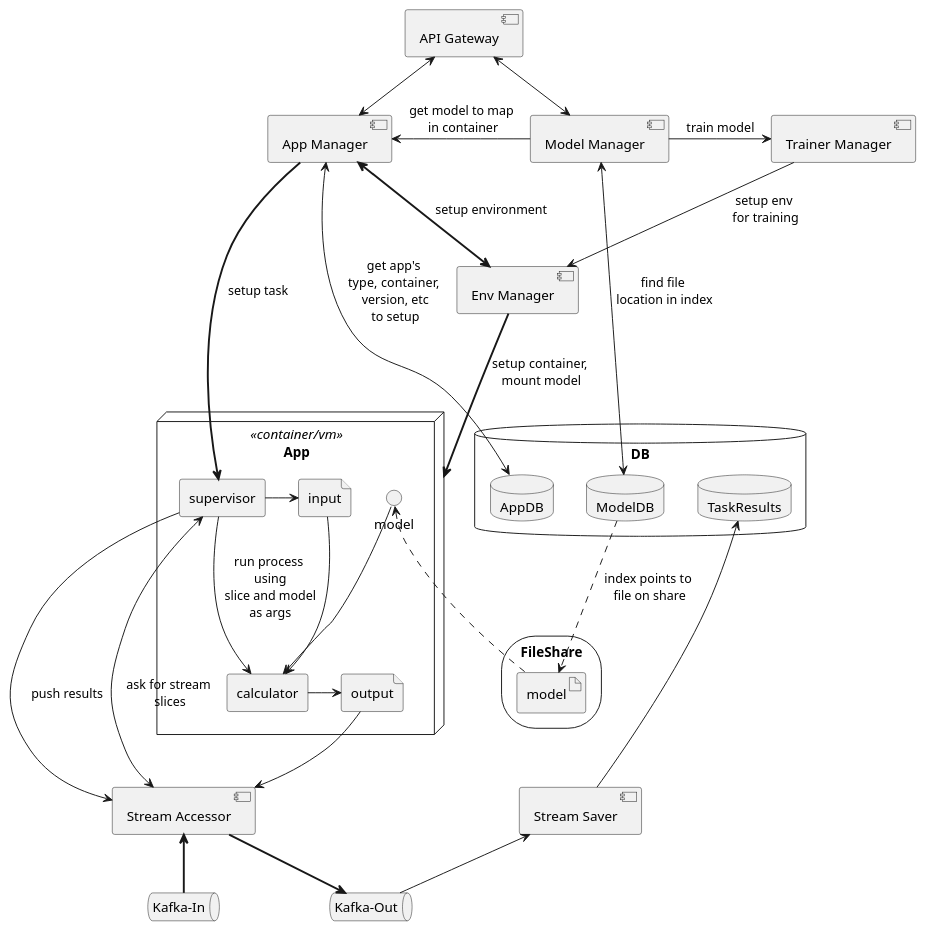
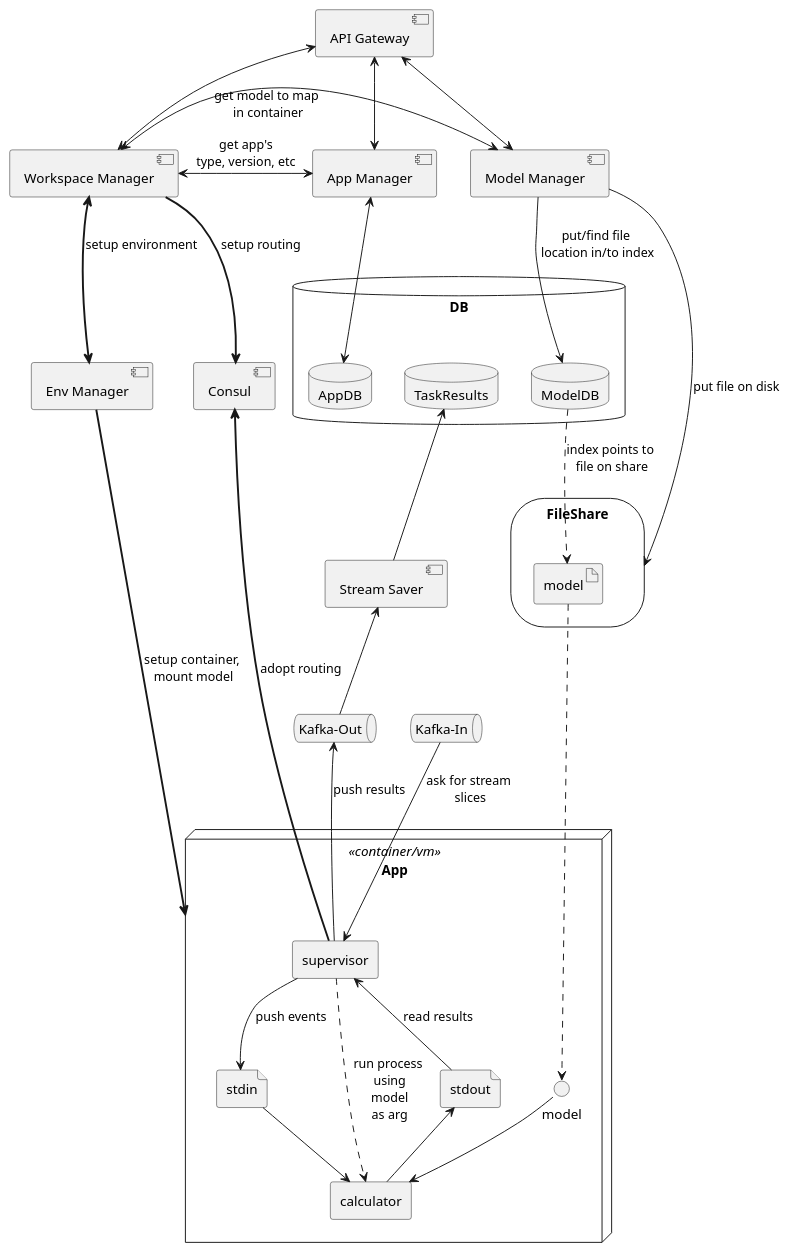
One commit to carrotFoxx/services changed the diagram in docs/diagrams/general.puml. Above: the diagram before and after it, drawn with PlantUML.

Commit message:
update plantuml diagram

```diff
--- a/docs/diagrams/general.puml
+++ b/docs/diagrams/general.puml
@@ -1,73 +1,76 @@
 @startuml
-
-[Stream Accessor] as sta
 
 [Stream Saver] as stfs
 
 queue "Kafka-In" as kf_in
 queue "Kafka-Out" as kf_out
 
-sta <== kf_in
-sta ==> kf_out
-
-
 [App Manager] as app_mgr
 
 [Model Manager] as art_mgr
 
-[Trainer Manager] as tr_mgr
+[Workspace Manager] as wsp_mgr
+[Consul] as consul
+
+'[Trainer Manager] as tr_mgr
 
 [Env Manager] as env_mgr
 
 [API Gateway] as api
 
 database DB {
     database ModelDB as mdb
     database AppDB as appdb
     database TaskResults as resdb
 }
 
 stfs <-- kf_out
 stfs -u-> resdb
 
 storage FileShare as fs {
     artifact model
     model <.u. mdb : index points to\n file on share
 }
 
 node App <<container/vm>> {
     agent supervisor as slv
     agent calculator as calc
     () model as mi
-    file input
-    file output
+    file stdin
+    file stdout
 
-    mi <. model
+    mi <.u. model
 
-    slv -l-> input
-    slv <-> sta: ask for stream\n slices
-    slv --> calc: run process\n using\n slice and model\n as args
-    slv --> sta: push results
-    output --> sta
+    slv -d-> stdin: push events
+    slv <-d- stdout: read results
 
-    calc <-u- input
+    slv ..> calc: run process\n using\n model\n as arg
+
+    slv <-u- kf_in: ask for stream\n slices
+    slv -u-> kf_out: push results
+
+    calc <-u- stdin
     calc <-u- mi
-    calc -> output
+    calc -u-> stdout
 }
 
 
-app_mgr <- art_mgr: get model to map\n in container
-app_mgr <-> appdb: get app's\ntype, container,\n version, etc\n to setup
-app_mgr <==> env_mgr: setup environment
+wsp_mgr <-> art_mgr: get model to map\n in container
+wsp_mgr ==> consul: setup routing
+consul <=- slv: adopt routing
+wsp_mgr <-> app_mgr: get app's\ntype, version, etc
+app_mgr <--> appdb
+wsp_mgr <==> env_mgr: setup environment
 env_mgr ==> App: setup container,\n mount model
-app_mgr ==> slv: setup task
 
-art_mgr <---> mdb: find file\n location in index
-art_mgr -> tr_mgr: train model
+art_mgr --> mdb: put/find file\n location in/to index
+art_mgr ---> fs: put file on disk
 
-tr_mgr --> env_mgr: setup env\n for training
+'art_mgr ---> tr_mgr: train model
+'tr_mgr --> env_mgr: setup env\n for training
 
+api <-d-> wsp_mgr
 api <-d-> app_mgr
 api <-d-> art_mgr
 
 @enduml
```
